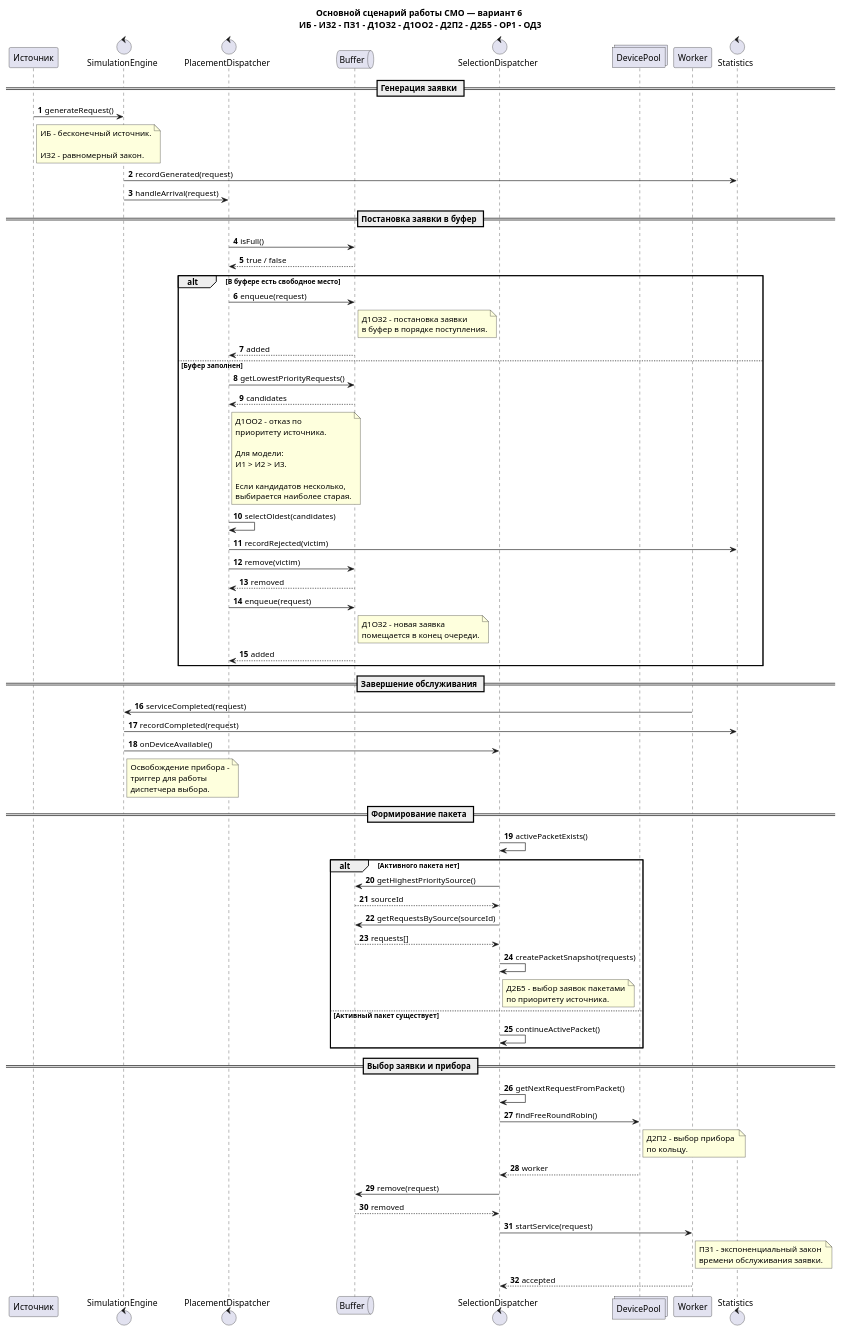
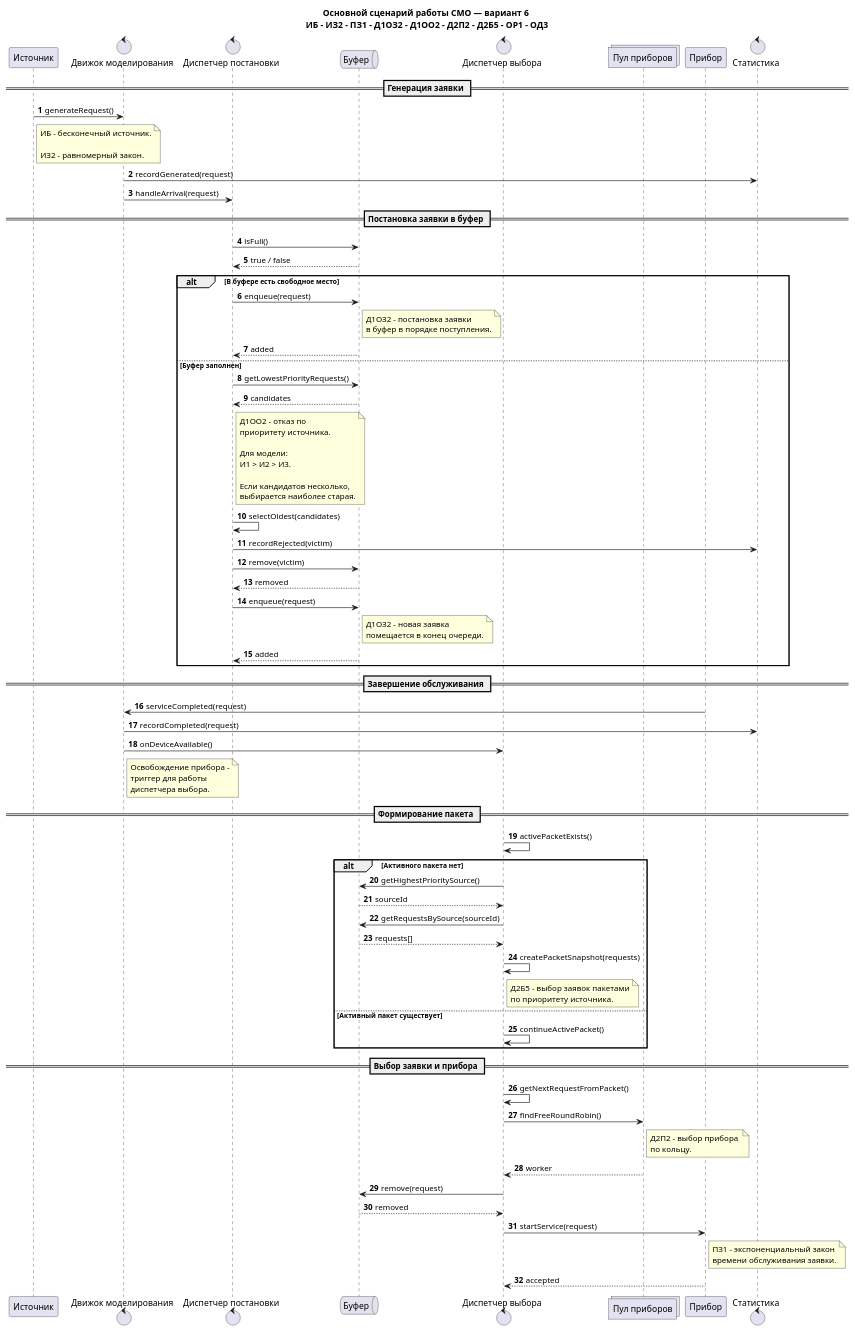
One commit to arcoirius/aps changed the diagram in 2 step/sequence/main-flow.puml. Above: the diagram before and after it, drawn with PlantUML. The commit also changed 7 other files, not shown here.

```diff
--- a/2 step/sequence/main-flow.puml
+++ b/2 step/sequence/main-flow.puml
@@ -1,153 +1,153 @@
 @startuml title
 
 title Основной сценарий работы СМО — вариант 6 \nИБ – ИЗ2 – ПЗ1 – Д1ОЗ2 – Д1ОО2 – Д2П2 – Д2Б5 – ОР1 – ОД3
 
 skinparam backgroundColor #FFFFFF
 skinparam defaultFontColor #000000
 
 autonumber
 
 participant "Источник" as Source
-control "SimulationEngine" as Engine
-control "PlacementDispatcher" as PD
-queue "Buffer" as Buffer
-control "SelectionDispatcher" as SD
-collections "DevicePool" as Devices
-participant "Worker" as Worker
-control "Statistics" as Stats
+control "Движок моделирования" as Engine
+control "Диспетчер постановки" as PD
+queue "Буфер" as Buffer
+control "Диспетчер выбора" as SD
+collections "Пул приборов" as Devices
+participant "Прибор" as Worker
+control "Статистика" as Stats
 
 
 == Генерация заявки ==
 
 Source -> Engine: generateRequest()
 
 note right of Source
 ИБ - бесконечный источник.
 
 ИЗ2 - равномерный закон.
 end note
 
 Engine -> Stats: recordGenerated(request)
 
 Engine -> PD: handleArrival(request)
 
 
 == Постановка заявки в буфер ==
 
 PD -> Buffer: isFull()
 Buffer --> PD: true / false
 
 
 alt В буфере есть свободное место
 
     PD -> Buffer: enqueue(request)
 
     note right of Buffer
     Д1ОЗ2 - постановка заявки 
     в буфер в порядке поступления.
     end note
 
     Buffer --> PD: added
 
 else Буфер заполнен
 
     PD -> Buffer: getLowestPriorityRequests()
     Buffer --> PD: candidates
 
     note right of PD
     Д1ОО2 - отказ по 
     приоритету источника.
 
     Для модели:
     И1 > И2 > И3.
 
     Если кандидатов несколько,
     выбирается наиболее старая.
     end note
 
     PD -> PD: selectOldest(candidates)
 
     PD -> Stats: recordRejected(victim)
 
     PD -> Buffer: remove(victim)
     Buffer --> PD: removed
 
     PD -> Buffer: enqueue(request)
 
     note right of Buffer
     Д1ОЗ2 - новая заявка 
     помещается в конец очереди.
     end note
 
     Buffer --> PD: added
 
 end
 
 == Завершение обслуживания ==
 
 Worker -> Engine: serviceCompleted(request)
 
 Engine -> Stats: recordCompleted(request)
 
 Engine -> SD: onDeviceAvailable()
 
 note right of Engine
 Освобождение прибора -
 триггер для работы
 диспетчера выбора.
 end note
 
 
 == Формирование пакета ==
 
 SD -> SD: activePacketExists()
 
 alt Активного пакета нет
 
     SD -> Buffer: getHighestPrioritySource()
     Buffer --> SD: sourceId
 
     SD -> Buffer: getRequestsBySource(sourceId)
     Buffer --> SD: requests[]
 
     SD -> SD: createPacketSnapshot(requests)
 
     note right of SD
     Д2Б5 - выбор заявок пакетами
     по приоритету источника.
     end note
 
 else Активный пакет существует
 
     SD -> SD: continueActivePacket()
 
 end
 
 
 == Выбор заявки и прибора ==
 
 SD -> SD: getNextRequestFromPacket()
 
 SD -> Devices: findFreeRoundRobin()
 
 note right of Devices
 Д2П2 - выбор прибора 
 по кольцу.
 end note
 
 Devices --> SD: worker
 
 
 SD -> Buffer: remove(request)
 Buffer --> SD: removed
 
 
 SD -> Worker: startService(request)
 
 note right of Worker
 ПЗ1 - экспоненциальный закон
 времени обслуживания заявки.
 end note
 
 Worker --> SD: accepted
 @enduml
```
